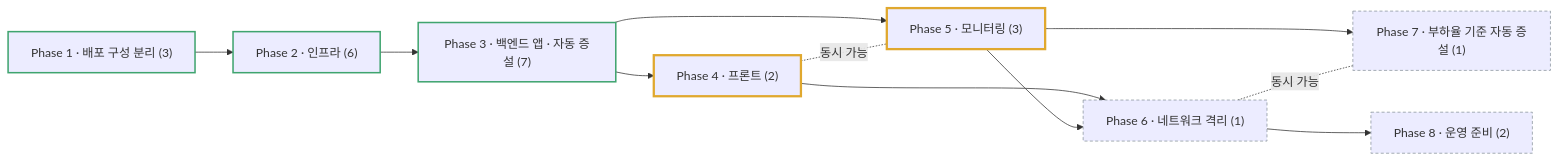
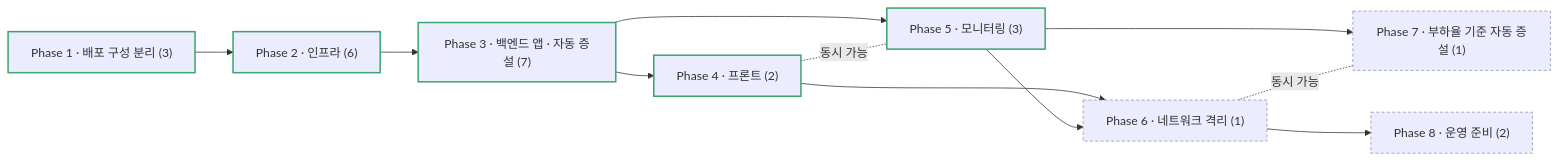
The diagram in .beaver/output/roadmap/k8s-roadmap.md (HaSungJe/deskless), drawn with Mermaid before and after one commit. The commit also changed other lines of this file and 4 other files, not shown here.

````diff
--- a/.beaver/output/roadmap/k8s-roadmap.md
+++ b/.beaver/output/roadmap/k8s-roadmap.md
@@ -9,16 +9,16 @@
 ```mermaid
 flowchart LR
   P1["Phase 1 · 배포 구성 분리 (3)"]:::done --> P2["Phase 2 · 인프라 (6)"]:::done
   P2 --> P3["Phase 3 · 백엔드 앱 · 자동 증설 (7)"]:::done
-  P3 --> P4["Phase 4 · 프론트 (2)"]:::inprog
-  P3 --> P5["Phase 5 · 모니터링 (3)"]:::inprog
+  P3 --> P4["Phase 4 · 프론트 (2)"]:::done
+  P3 --> P5["Phase 5 · 모니터링 (3)"]:::done
   P4 -. 동시 가능 .- P5
   P4 --> P6["Phase 6 · 네트워크 격리 (1)"]:::todo
   P5 --> P6
   P5 --> P7["Phase 7 · 부하율 기준 자동 증설 (1)"]:::todo
   P6 -. 동시 가능 .- P7
   P6 --> P8["Phase 8 · 운영 준비 (2)"]:::todo
   classDef done stroke:#3fa46f,stroke-width:2px
   classDef inprog stroke:#e0a82e,stroke-width:3px
   classDef todo stroke:#8a949c,stroke-width:1px,stroke-dasharray:4 3
 ```
````
